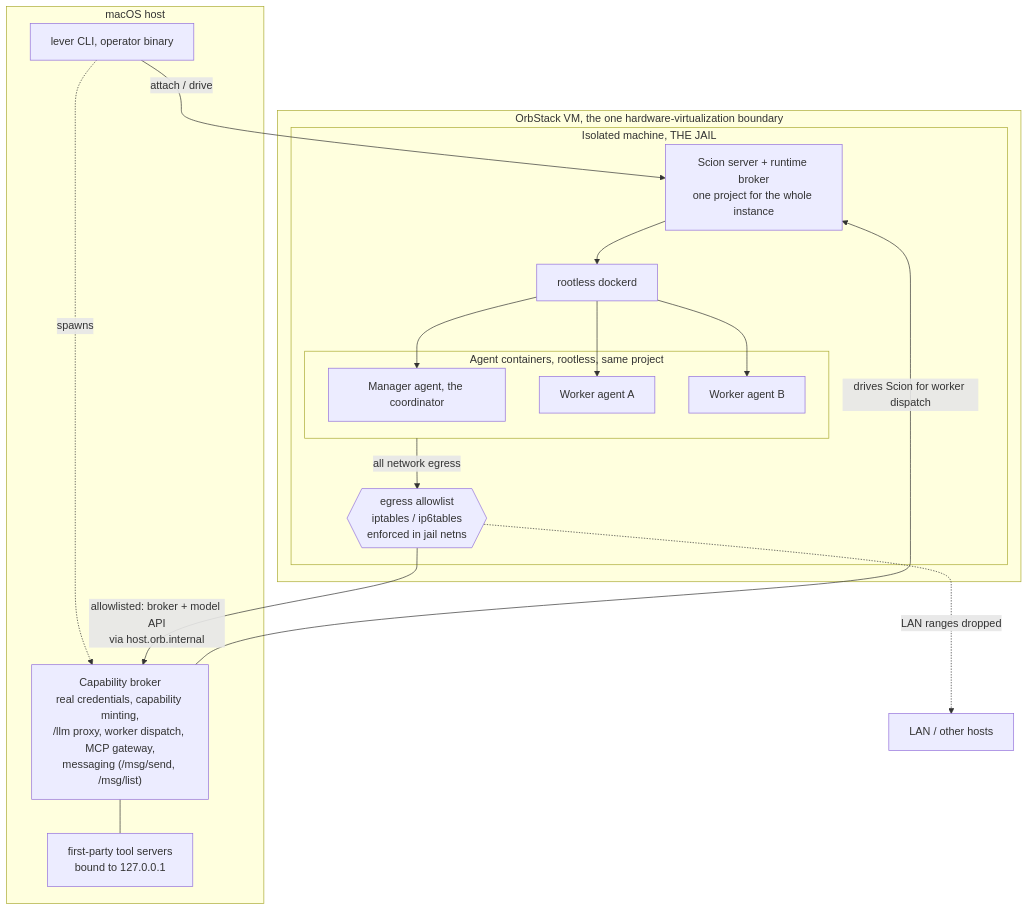
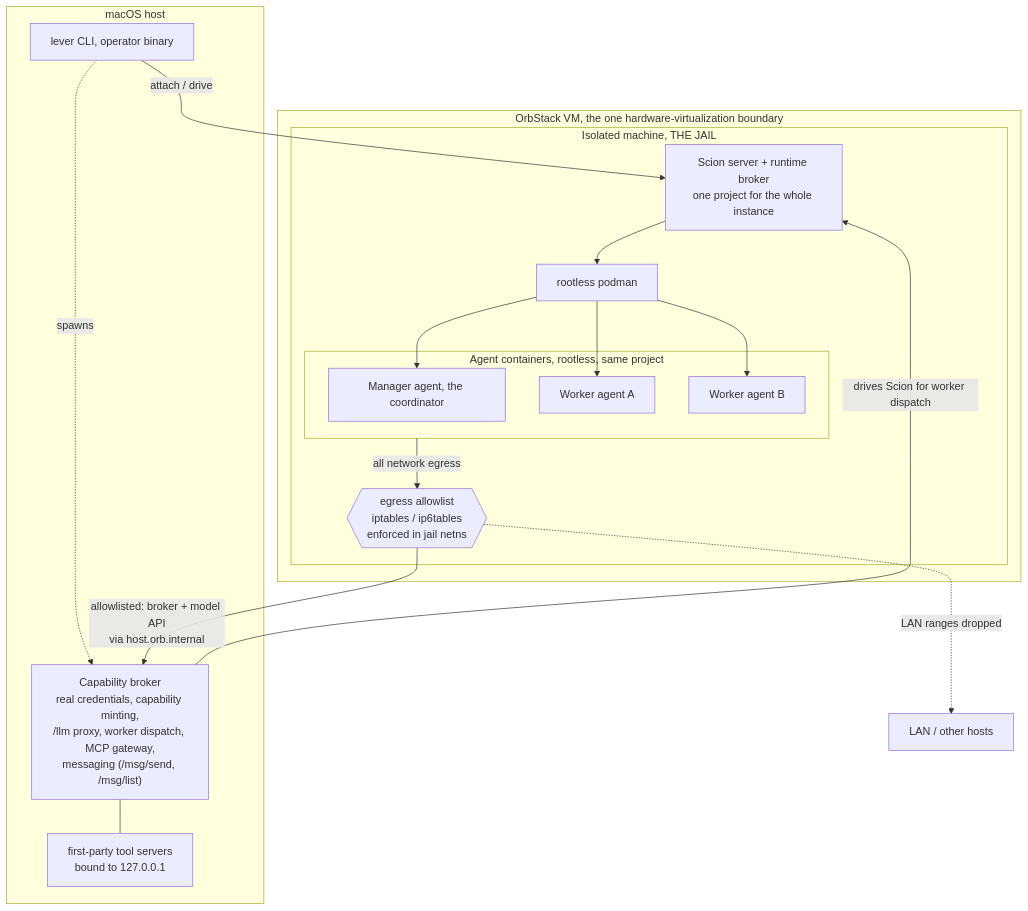
Before and after one commit to stevegeek/lever: the first of 3 diagrams in docs-site/_guides/architecture.md, drawn with Mermaid. The commit also changed other lines of this file and 5 other files, not shown here.

First line of the commit message:
docs(site): reconcile container runtime to rootless podman + add homepage intro

````diff
--- a/docs-site/_guides/architecture.md
+++ b/docs-site/_guides/architecture.md
@@ -26,31 +26,31 @@
 ```mermaid
 graph TD
     subgraph host[macOS host]
         L[lever CLI, operator binary]
         BK["Capability broker<br/>real credentials, capability minting,<br/>/llm proxy, worker dispatch, MCP gateway,<br/>messaging (/msg/send, /msg/list)"]
         MCP[first-party tool servers<br/>bound to 127.0.0.1]
     end
     subgraph vm[OrbStack VM, the one hardware-virtualization boundary]
         subgraph jail[Isolated machine, THE JAIL]
             SS["Scion server + runtime broker<br/>one project for the whole instance"]
-            RD[rootless dockerd]
+            RD[rootless podman]
             FW{{egress allowlist<br/>iptables / ip6tables<br/>enforced in jail netns}}
             subgraph agents[Agent containers, rootless, same project]
                 MGR[Manager agent, the coordinator]
                 WA[Worker agent A]
                 WB[Worker agent B]
             end
         end
     end
     L -->|attach / drive| SS
     L -.->|spawns| BK
     SS --> RD
     RD --> MGR
     RD --> WA
     RD --> WB
     BK --- MCP
     BK -->|drives Scion for worker dispatch| SS
     agents -->|all network egress| FW
     FW -->|"allowlisted: broker + model API<br/>via host.orb.internal"| BK
     FW -.->|LAN ranges dropped| LAN[LAN / other hosts]
 ```
````
